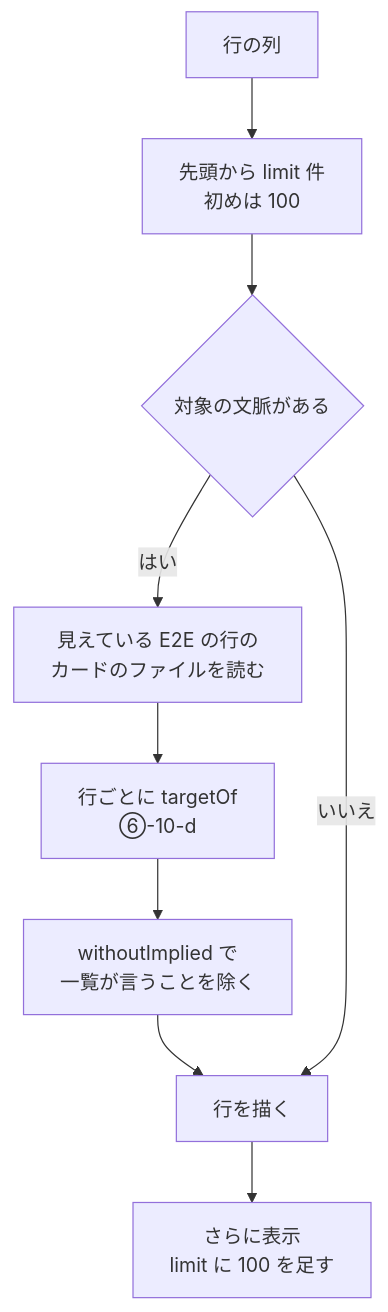
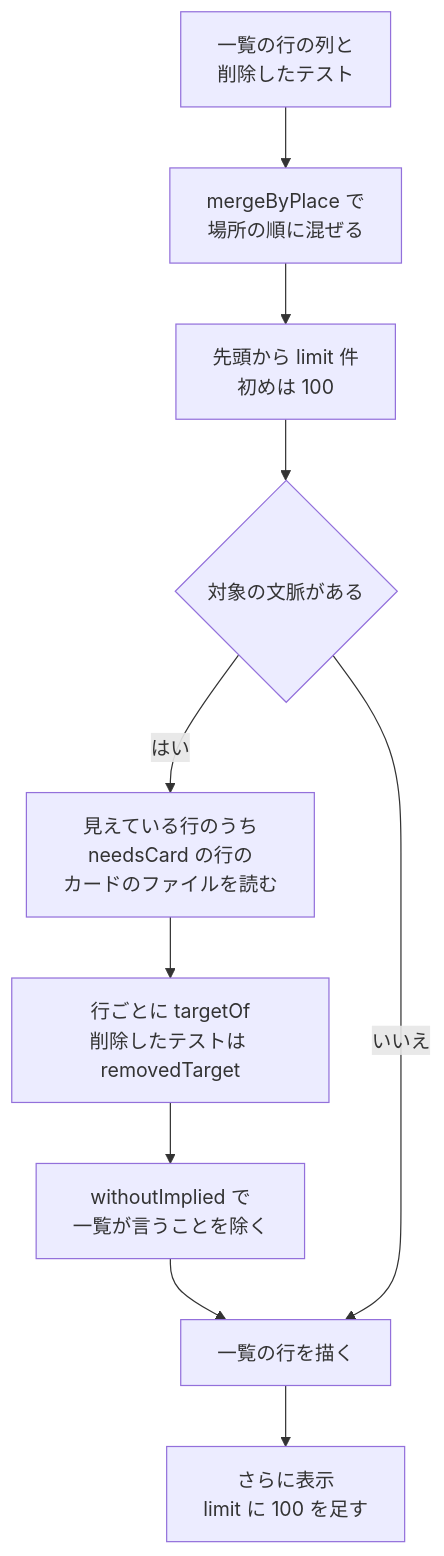
Diagram 28 of 42 in apps/tests/docs/06-viewer.md (maronnjapan/maronn-openid-connect), drawn with Mermaid before and after one commit. The commit also changed other lines of this file and 11 other files, not shown here.

````diff
--- a/apps/tests/docs/06-viewer.md
+++ b/apps/tests/docs/06-viewer.md
@@ -1448,15 +2159,16 @@
 ```mermaid
 flowchart TB
-  A["行の列"]
+  A["一覧の行の列と<br/>削除したテスト"]
+  M["mergeByPlace で<br/>場所の順に混ぜる"]
   B["先頭から limit 件<br/>初めは 100"]
   C{"対象の文脈がある"}
-  D["見えている E2E の行の<br/>カードのファイルを読む"]
-  E["行ごとに targetOf<br/>⑥-10-d"]
+  D["見えている行のうち<br/>needsCard の行の<br/>カードのファイルを読む"]
+  E["行ごとに targetOf<br/>削除したテストは removedTarget"]
   F["withoutImplied で<br/>一覧が言うことを除く"]
-  G["行を描く"]
+  G["一覧の行を描く"]
   H["さらに表示<br/>limit に 100 を足す"]
-  A --> B --> C
+  A --> M --> B --> C
   C -->|"はい"| D --> E --> F --> G
   C -->|"いいえ"| G
   G --> H
 ```
````
